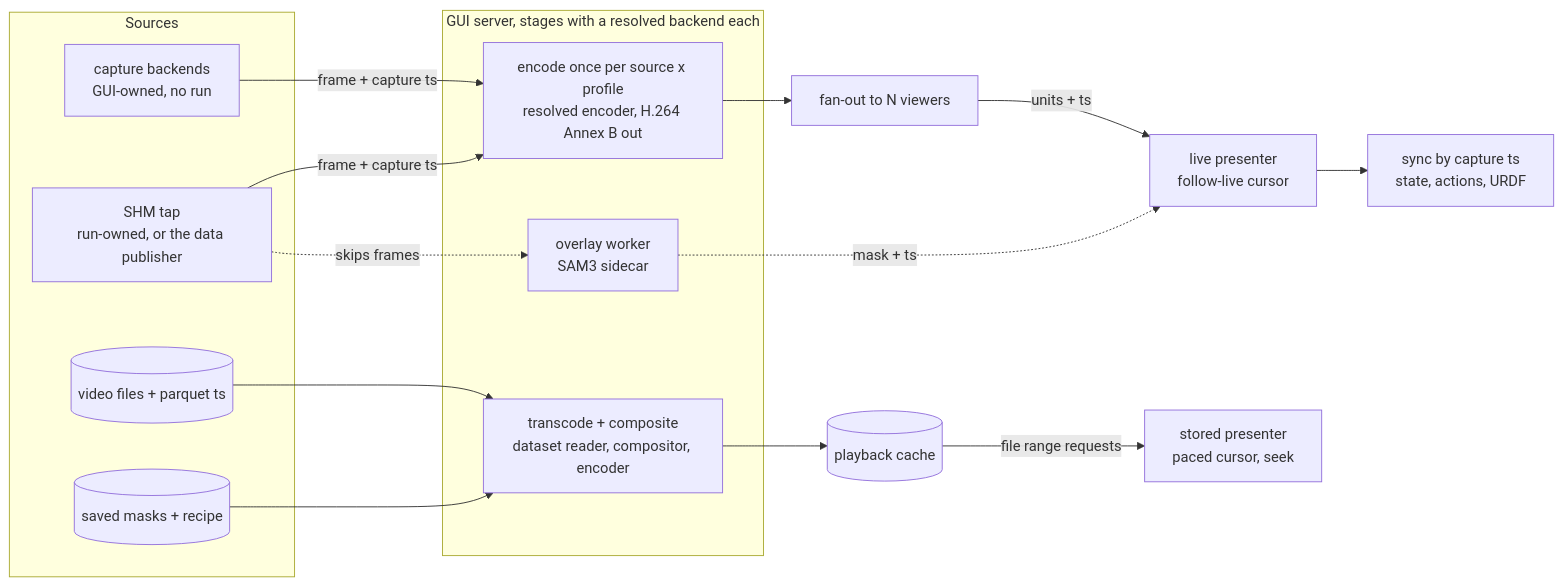
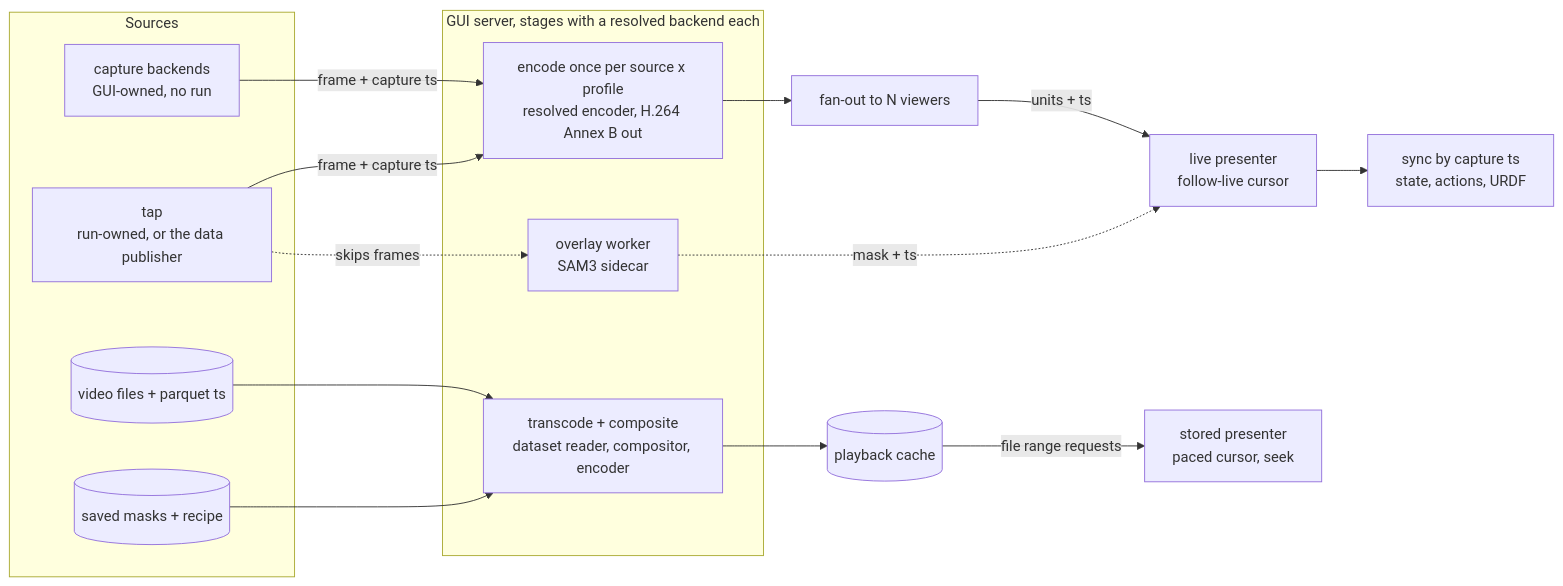
One commit to TheWisp/lerobot changed the eighth of 9 diagrams in src/lerobot/gui/docs/camera_video_transport.md. Above: the diagram before and after it, drawn with Mermaid. The commit also changed other lines of this file, not shown here.

````diff
--- a/src/lerobot/gui/docs/camera_video_transport.md
+++ b/src/lerobot/gui/docs/camera_video_transport.md
@@ -437,25 +649,25 @@
 ```mermaid
 flowchart LR
   subgraph sources[Sources]
     dev["capture backends<br/>GUI-owned, no run"]
-    shm["SHM tap<br/>run-owned, or the data publisher"]
+    shm["tap<br/>run-owned, or the data publisher"]
     vid[(video files + parquet ts)]
     masks[(saved masks + recipe)]
   end
   subgraph server[GUI server, stages with a resolved backend each]
     enc["encode once per source x profile<br/>resolved encoder, H.264 Annex B out"]
     xc["transcode + composite<br/>dataset reader, compositor, encoder"]
     seg["overlay worker<br/>SAM3 sidecar"]
   end
   dev -->|frame + capture ts| enc
   shm -->|frame + capture ts| enc
   shm -.->|skips frames| seg
   vid --> xc
   masks --> xc
   xc --> cache[(playback cache)]
   enc --> fan[fan-out to N viewers]
   fan -->|units + ts| live["live presenter<br/>follow-live cursor"]
   cache -->|file range requests| stored["stored presenter<br/>paced cursor, seek"]
   seg -.->|mask + ts| live
   live --> sync["sync by capture ts<br/>state, actions, URDF"]
 ```
````
